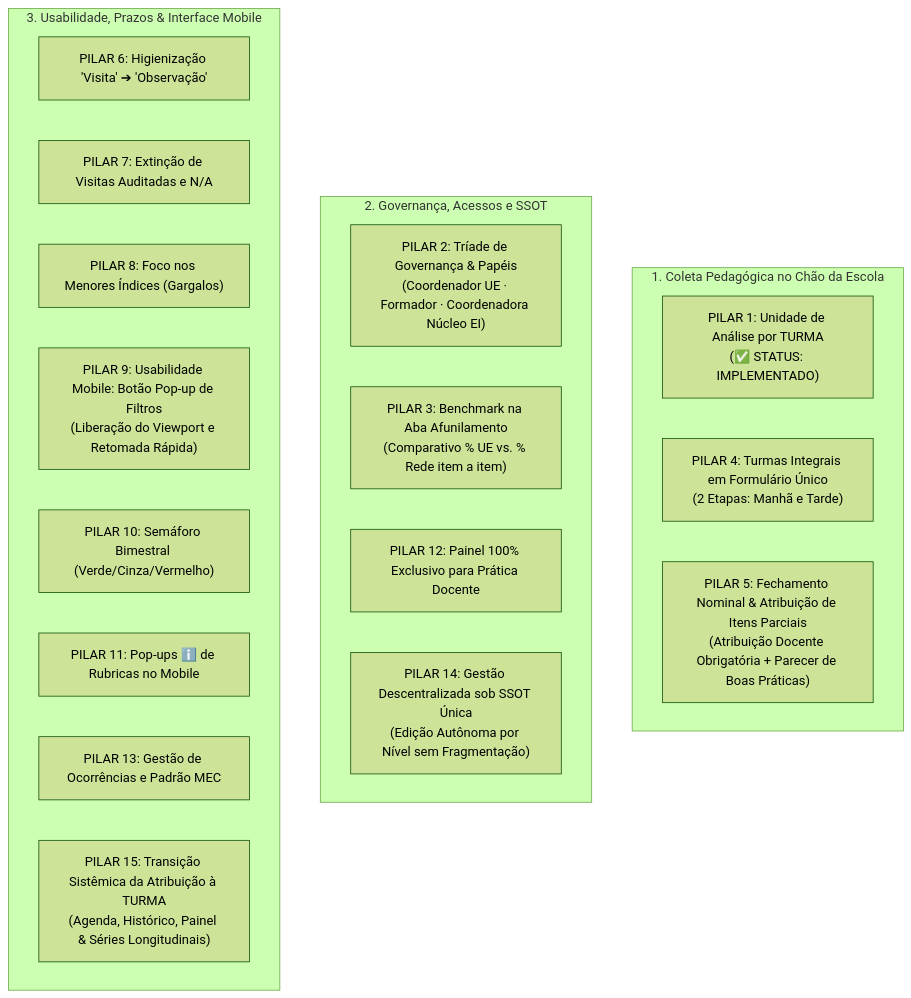
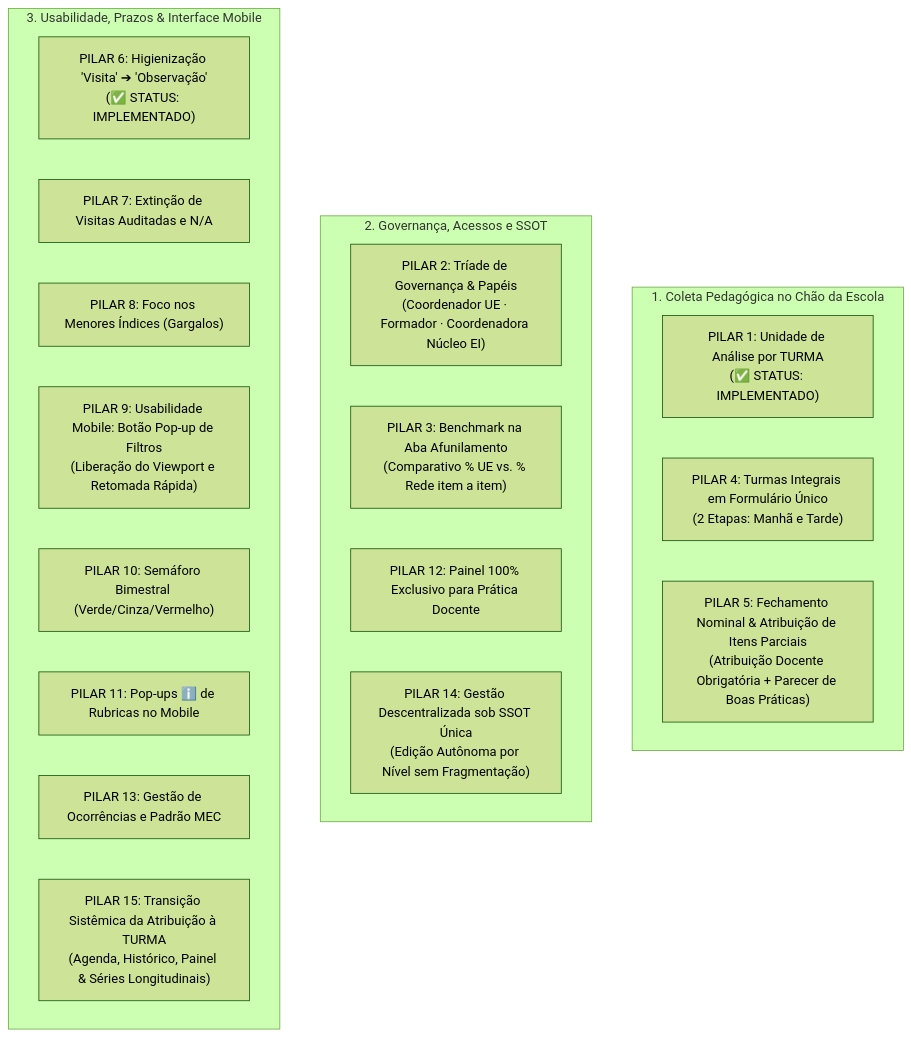
One commit to silvabrun0/supervisao-st-crianca changed the first of 2 diagrams in docs/documento_insights_supervisao_pedagogica_20261020.md. Above: the diagram before and after it, drawn with Mermaid (forest theme). The commit also changed other lines of this file and 4 other files, not shown here.

Commit message:
feat: implementar pilar 6 - higienizacao terminologica completa de visita para observacao (v1.00)

````diff
--- a/docs/documento_insights_supervisao_pedagogica_20261020.md
+++ b/docs/documento_insights_supervisao_pedagogica_20261020.md
@@ -44,26 +44,26 @@
 ```mermaid
 flowchart TD
     subgraph StatusColeta["1. Coleta Pedagógica no Chão da Escola"]
         P1["PILAR 1: Unidade de Análise por TURMA\n(✅ STATUS: IMPLEMENTADO)"]
         P4["PILAR 4: Turmas Integrais em Formulário Único\n(2 Etapas: Manhã e Tarde)"]
         P5["PILAR 5: Fechamento Nominal & Atribuição de Itens Parciais\n(Atribuição Docente Obrigatória + Parecer de Boas Práticas)"]
     end
 
     subgraph Governanca["2. Governança, Acessos e SSOT"]
         P2["PILAR 2: Tríade de Governança & Papéis\n(Coordenador UE · Formador · Coordenadora Núcleo EI)"]
         P3["PILAR 3: Benchmark na Aba Afunilamento\n(Comparativo % UE vs. % Rede item a item)"]
         P12["PILAR 12: Painel 100% Exclusivo para Prática Docente"]
         P14["PILAR 14: Gestão Descentralizada sob SSOT Única\n(Edição Autônoma por Nível sem Fragmentação)"]
     end
 
     subgraph Ergonomia["3. Usabilidade, Prazos & Interface Mobile"]
-        P6["PILAR 6: Higienização 'Visita' ➔ 'Observação'"]
+        P6["PILAR 6: Higienização 'Visita' ➔ 'Observação'\n(✅ STATUS: IMPLEMENTADO)"]
         P7["PILAR 7: Extinção de Visitas Auditadas e N/A"]
         P8["PILAR 8: Foco nos Menores Índices (Gargalos)"]
         P9["PILAR 9: Usabilidade Mobile: Botão Pop-up de Filtros\n(Liberação do Viewport e Retomada Rápida)"]
         P10["PILAR 10: Semáforo Bimestral (Verde/Cinza/Vermelho)"]
         P11["PILAR 11: Pop-ups ℹ️ de Rubricas no Mobile"]
         P13["PILAR 13: Gestão de Ocorrências e Padrão MEC"]
         P15["PILAR 15: Transição Sistêmica da Atribuição à TURMA\n(Agenda, Histórico, Painel & Séries Longitudinais)"]
     end
 ```
````
